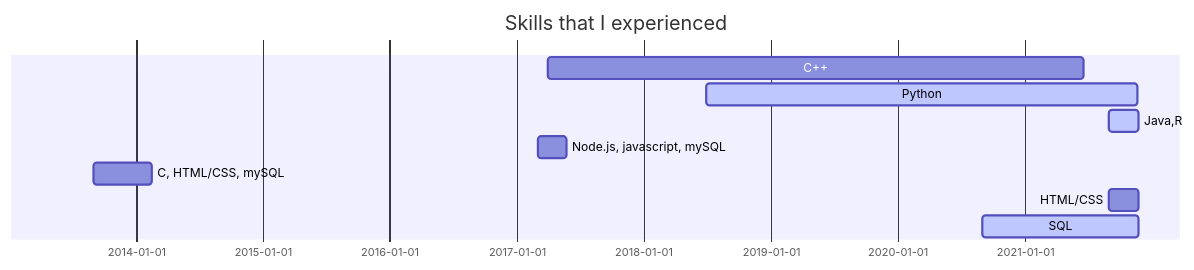
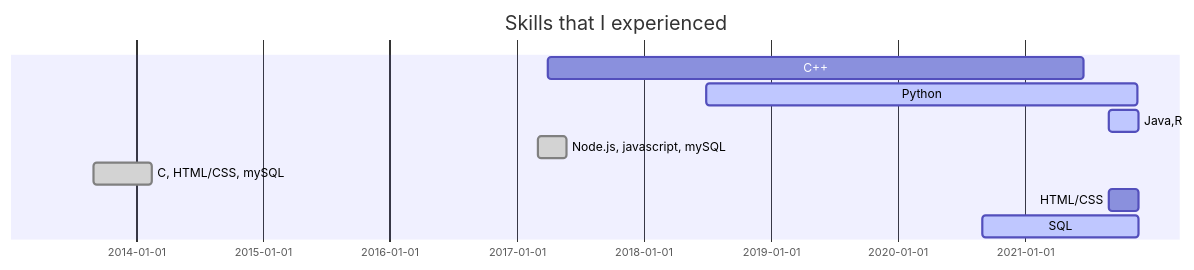
Before and after one commit to JeongIn-K/chapter2-basic-2: the diagram in about.md, drawn with Mermaid. The commit also changed other lines of this file, not shown here.

Commit message:
Update about.md
mermaid.......

````diff
--- a/about.md
+++ b/about.md
@@ -24,12 +24,13 @@
 ```mermaid
 	gantt
-        title  Skills that I experienced
+		title  Skills that I experienced
         dateFormat  YYYY-MM
+
         C++ : 2017-04, 220w
         Python :active, 2018-07, 177w
         Java,R :active, 2021-09, 12w
-        Node.js, javascript, mySQL: 2017-03, 12w
-        C, HTML/CSS, mySQL: 2013-09, 24w
+        Node.js, javascript, mySQL: done, 2017-03, 12w
+        C, HTML/CSS, mySQL: done, 2013-09, 24w
         HTML/CSS: 2021-09, 12w
         SQL:active, 2020-09, 64w
 ```
````
